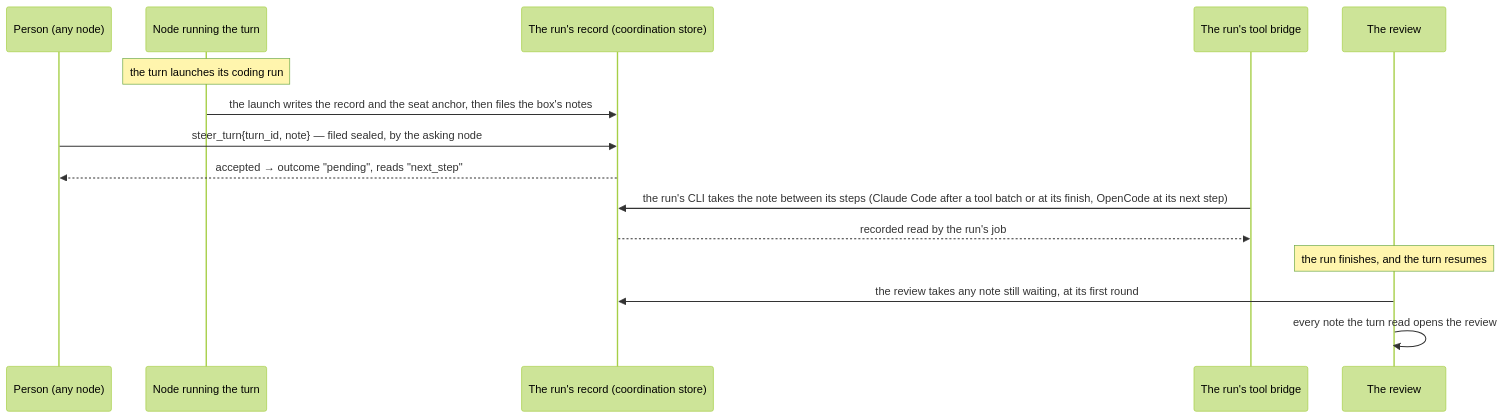
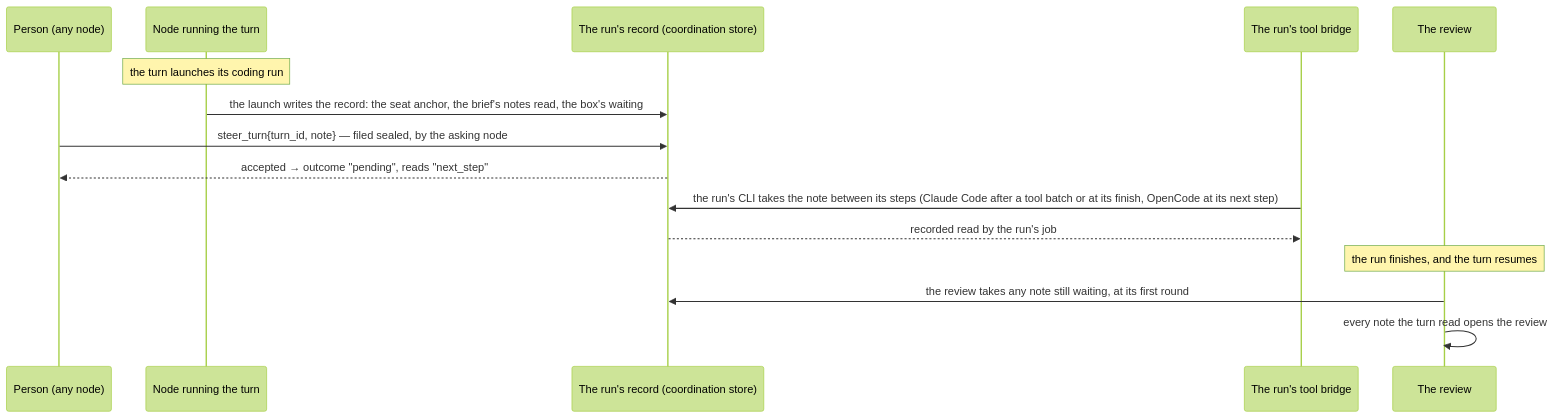
The second of 2 diagrams in docs/concepts/turn-engine.md (crewlet/crewlet), drawn with Mermaid (forest theme) before and after one commit. The commit also changed other lines of this file and 23 other files, not shown here.

````diff
--- a/docs/concepts/turn-engine.md
+++ b/docs/concepts/turn-engine.md
@@ -761,17 +765,17 @@
 ```mermaid
 sequenceDiagram
     participant P as Person (any node)
     participant N as Node running the turn
     participant C as The run's record (coordination store)
     participant B as The run's tool bridge
     participant R as The review
     Note over N: the turn launches its coding run
-    N->>C: the launch writes the record and the seat anchor, then files the box's notes
+    N->>C: the launch writes the record: the seat anchor, the brief's notes read, the box's waiting
     P->>C: steer_turn{turn_id, note} — filed sealed, by the asking node
     C-->>P: accepted → outcome "pending", reads "next_step"
     B->>C: the run's CLI takes the note between its steps (Claude Code after a tool batch or at its finish, OpenCode at its next step)
     C-->>B: recorded read by the run's job
     Note over R: the run finishes, and the turn resumes
     R->>C: the review takes any note still waiting, at its first round
     R->>R: every note the turn read opens the review
 ```
````
